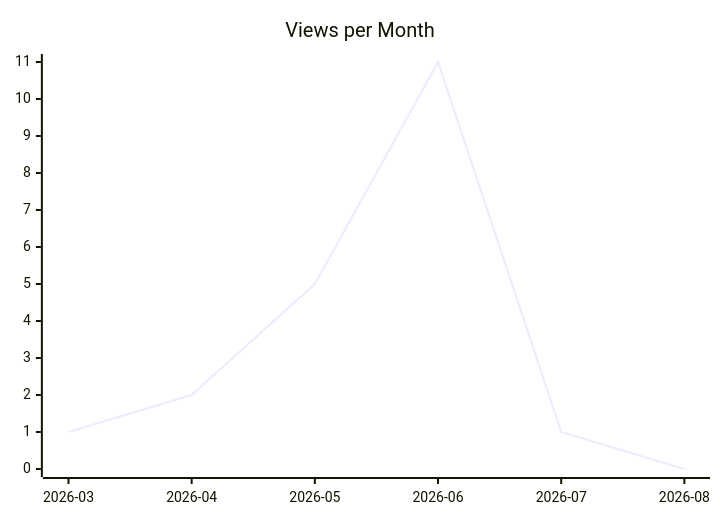
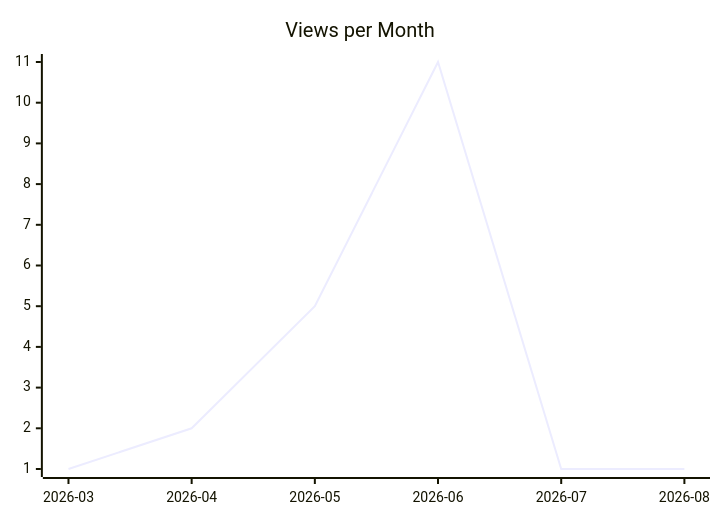
Before and after one commit to justdavis-family/github-analytics-data: the second of 3 diagrams in karlmdavis/justdavis-ansible/README.md, drawn with Mermaid. The commit also changed other lines of this file and 177 other files, not shown here.

````diff
--- a/karlmdavis/justdavis-ansible/README.md
+++ b/karlmdavis/justdavis-ansible/README.md
@@ -12,6 +12,6 @@
 ```mermaid
 xychart-beta
   title "Views per Month"
   x-axis ["2026-03", "2026-04", "2026-05", "2026-06", "2026-07", "2026-08"]
-  line [1, 2, 5, 11, 1, 0]
+  line [1, 2, 5, 11, 1, 1]
 ```
````
